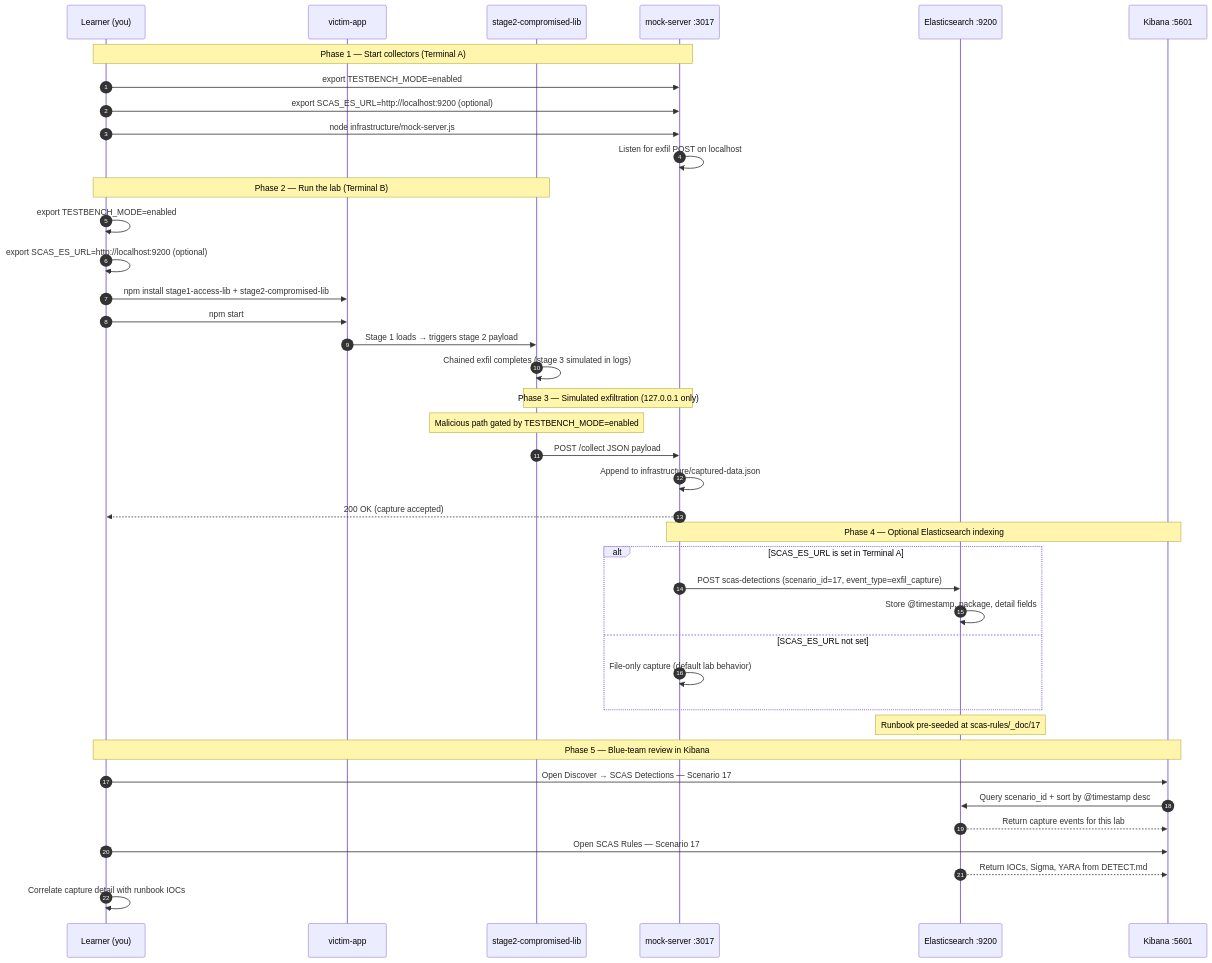
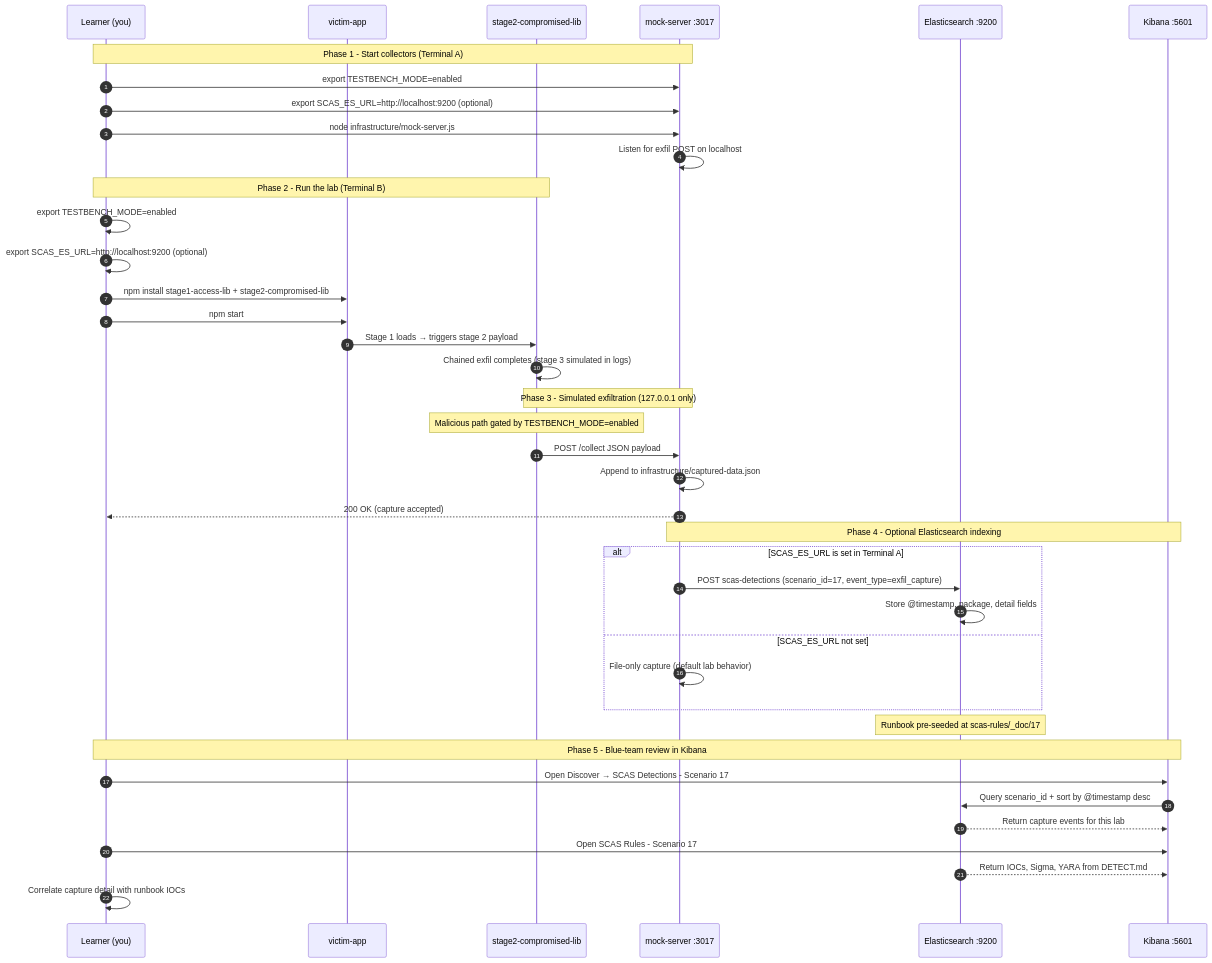
The diagram in documentation/scenario-guides/zero-to-hero/ZERO_TO_HERO_SCENARIO_17.md (RAJANAGORI/testbench), drawn with Mermaid before and after one commit. The commit also changed other lines of this file and 66 other files, not shown here.

````diff
--- a/documentation/scenario-guides/zero-to-hero/ZERO_TO_HERO_SCENARIO_17.md
+++ b/documentation/scenario-guides/zero-to-hero/ZERO_TO_HERO_SCENARIO_17.md
@@ -644,47 +644,47 @@
 ```mermaid
 sequenceDiagram
     autonumber
     participant Learner as Learner (you)
     participant Victim as victim-app
     participant MalPkg as stage2-compromised-lib
     participant Mock as mock-server :3017
     participant ES as Elasticsearch :9200
     participant Kibana as Kibana :5601
 
-    Note over Learner,Mock: Phase 1 — Start collectors (Terminal A)
+    Note over Learner,Mock: Phase 1 - Start collectors (Terminal A)
     Learner->>Mock: export TESTBENCH_MODE=enabled
     Learner->>Mock: export SCAS_ES_URL=http://localhost:9200 (optional)
     Learner->>Mock: node infrastructure/mock-server.js
     Mock->>Mock: Listen for exfil POST on localhost
 
-    Note over Learner,MalPkg: Phase 2 — Run the lab (Terminal B)
+    Note over Learner,MalPkg: Phase 2 - Run the lab (Terminal B)
     Learner->>Learner: export TESTBENCH_MODE=enabled
     Learner->>Learner: export SCAS_ES_URL=http://localhost:9200 (optional)
     Learner->>Victim: npm install stage1-access-lib + stage2-compromised-lib
     Learner->>Victim: npm start
     Victim->>MalPkg: Stage 1 loads → triggers stage 2 payload
     MalPkg->>MalPkg: Chained exfil completes (stage 3 simulated in logs)
 
-    Note over MalPkg,Mock: Phase 3 — Simulated exfiltration (127.0.0.1 only)
+    Note over MalPkg,Mock: Phase 3 - Simulated exfiltration (127.0.0.1 only)
     Note over MalPkg: Malicious path gated by TESTBENCH_MODE=enabled
     MalPkg->>Mock: POST /collect JSON payload
     Mock->>Mock: Append to infrastructure/captured-data.json
     Mock-->>Learner: 200 OK (capture accepted)
 
-    Note over Mock,Kibana: Phase 4 — Optional Elasticsearch indexing
+    Note over Mock,Kibana: Phase 4 - Optional Elasticsearch indexing
     alt SCAS_ES_URL is set in Terminal A
     Mock->>ES: POST scas-detections (scenario_id=17, event_type=exfil_capture)
     ES->>ES: Store @timestamp, package, detail fields
     else SCAS_ES_URL not set
     Mock->>Mock: File-only capture (default lab behavior)
     end
 
     Note over ES: Runbook pre-seeded at scas-rules/_doc/17
-    Note over Learner,Kibana: Phase 5 — Blue-team review in Kibana
-    Learner->>Kibana: Open Discover → SCAS Detections — Scenario 17
+    Note over Learner,Kibana: Phase 5 - Blue-team review in Kibana
+    Learner->>Kibana: Open Discover → SCAS Detections - Scenario 17
     Kibana->>ES: Query scenario_id + sort by @timestamp desc
     ES-->>Kibana: Return capture events for this lab
-    Learner->>Kibana: Open SCAS Rules — Scenario 17
+    Learner->>Kibana: Open SCAS Rules - Scenario 17
     ES-->>Kibana: Return IOCs, Sigma, YARA from DETECT.md
     Learner->>Learner: Correlate capture detail with runbook IOCs
 ```
````
